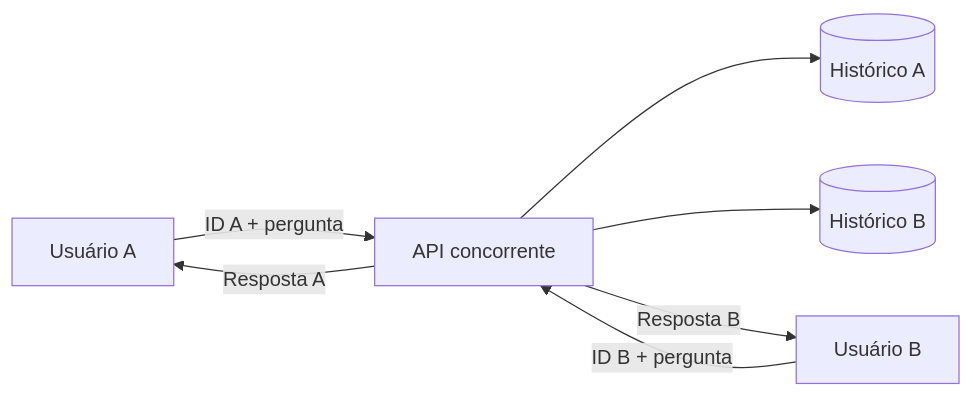
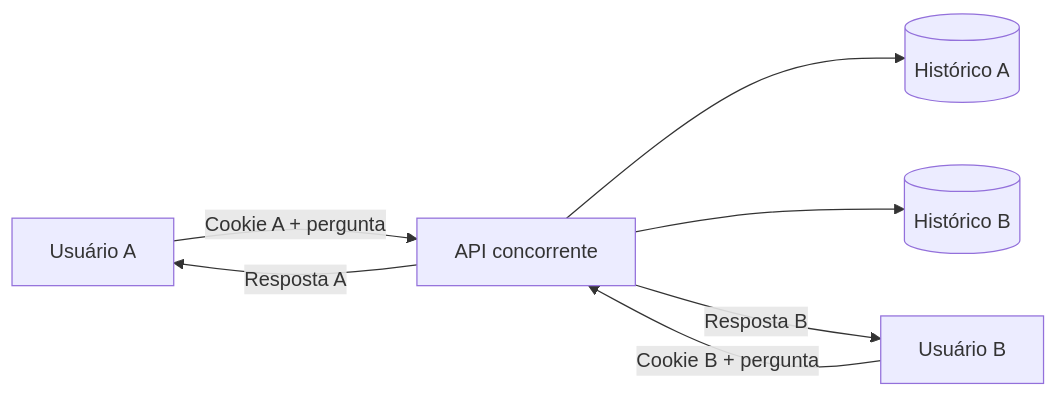
The fifth of 8 diagrams in elicitação dos requisitos.md (cocaioo/CHATBOT-TCA), drawn with Mermaid before and after one commit. The commit also changed other lines of this file, not shown here.

````diff
--- a/elicitação dos requisitos.md
+++ b/elicitação dos requisitos.md
@@ -107,9 +137,9 @@
 ```mermaid
 flowchart LR
-    A[Usuário A] -->|ID A + pergunta| API[API concorrente]
-    B[Usuário B] -->|ID B + pergunta| API
+    A[Usuário A] -->|Cookie A + pergunta| API[API concorrente]
+    B[Usuário B] -->|Cookie B + pergunta| API
     API --> HA[(Histórico A)]
     API --> HB[(Histórico B)]
     API -->|Resposta A| A
     API -->|Resposta B| B
 ```
````
